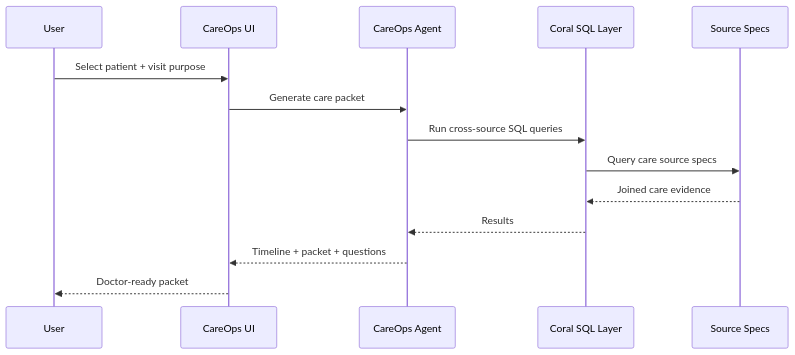
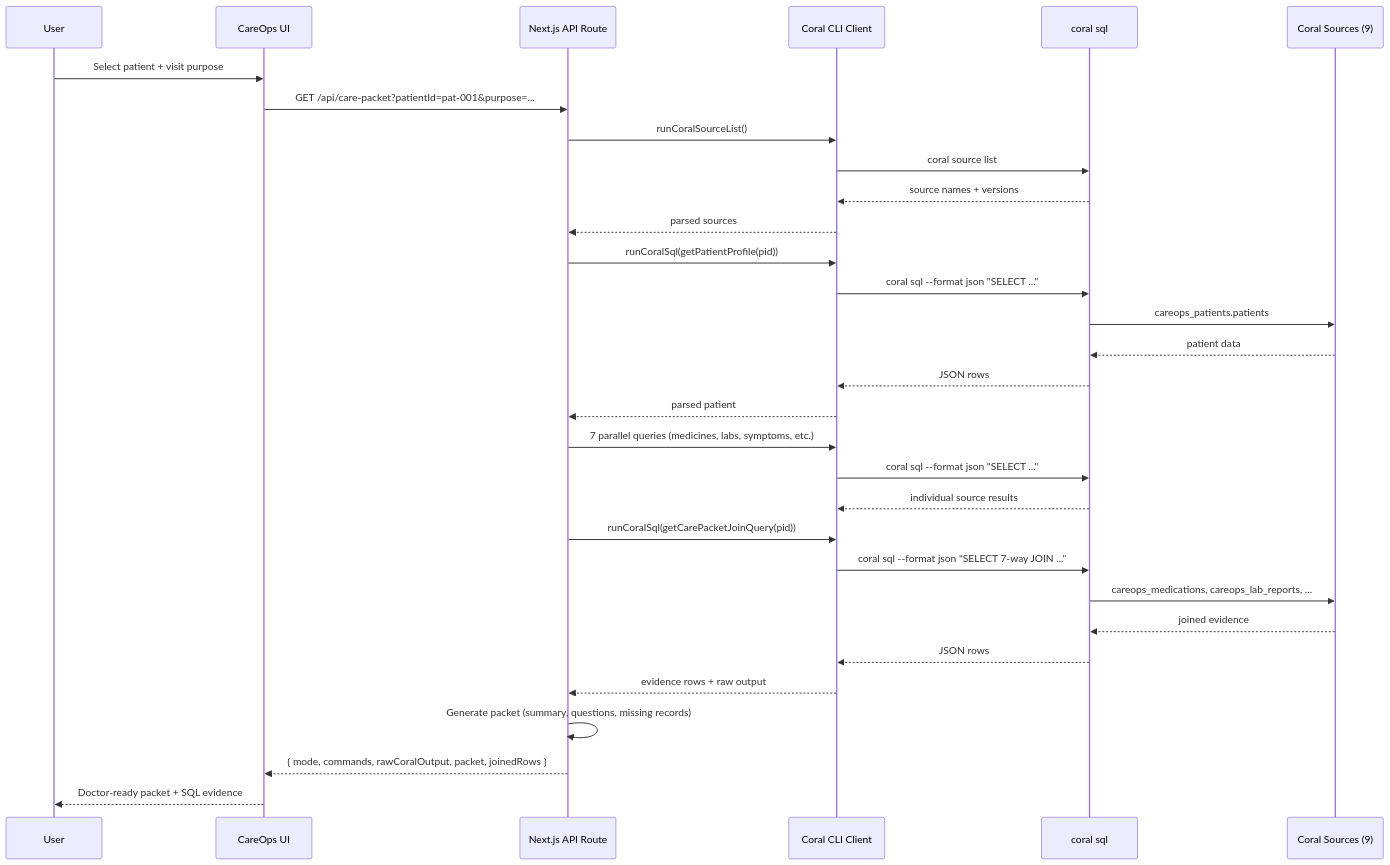
Before and after one commit to FiscalMindset/careops: the second of 3 diagrams in docs/ARCHITECTURE.md, drawn with Mermaid. The commit also changed other lines of this file and 93 other files, not shown here.

First line of the commit message:
feat: interactive data sources, Coral CLI client, timeline fix, doc overhaul

````diff
--- a/docs/ARCHITECTURE.md
+++ b/docs/ARCHITECTURE.md
@@ -35,17 +48,38 @@
 ```mermaid
 sequenceDiagram
     participant U as User
     participant UI as CareOps UI
-    participant A as CareOps Agent
-    participant C as Coral SQL Layer
-    participant S as Source Specs
+    participant API as Next.js API Route
+    participant CLI as Coral CLI Client
+    participant SQL as coral sql
+    participant Sources as Coral Sources (9)
 
     U->>UI: Select patient + visit purpose
-    UI->>A: Generate care packet
-    A->>C: Run cross-source SQL queries
-    C->>S: Query care source specs
-    S-->>C: Joined care evidence
-    C-->>A: Results
-    A-->>UI: Timeline + packet + questions
-    UI-->>U: Doctor-ready packet
+    UI->>API: GET /api/care-packet?patientId=pat-001&purpose=...
+    API->>CLI: runCoralSourceList()
+    CLI->>SQL: coral source list
+    SQL-->>CLI: source names + versions
+    CLI-->>API: parsed sources
+
+    API->>CLI: runCoralSql(getPatientProfile(pid))
+    CLI->>SQL: coral sql --format json "SELECT ..."
+    SQL->>Sources: careops_patients.patients
+    Sources-->>SQL: patient data
+    SQL-->>CLI: JSON rows
+    CLI-->>API: parsed patient
+
+    API->>CLI: 7 parallel queries (medicines, labs, symptoms, etc.)
+    CLI->>SQL: coral sql --format json "SELECT ..."
+    SQL-->>CLI: individual source results
+
+    API->>CLI: runCoralSql(getCarePacketJoinQuery(pid))
+    CLI->>SQL: coral sql --format json "SELECT 7-way JOIN ..."
+    SQL->>Sources: careops_medications, careops_lab_reports, ...
+    Sources-->>SQL: joined evidence
+    SQL-->>CLI: JSON rows
+    CLI-->>API: evidence rows + raw output
+
+    API->>API: Generate packet (summary, questions, missing records)
+    API-->>UI: { mode, commands, rawCoralOutput, packet, joinedRows }
+    UI-->>U: Doctor-ready packet + SQL evidence
 ```
````
